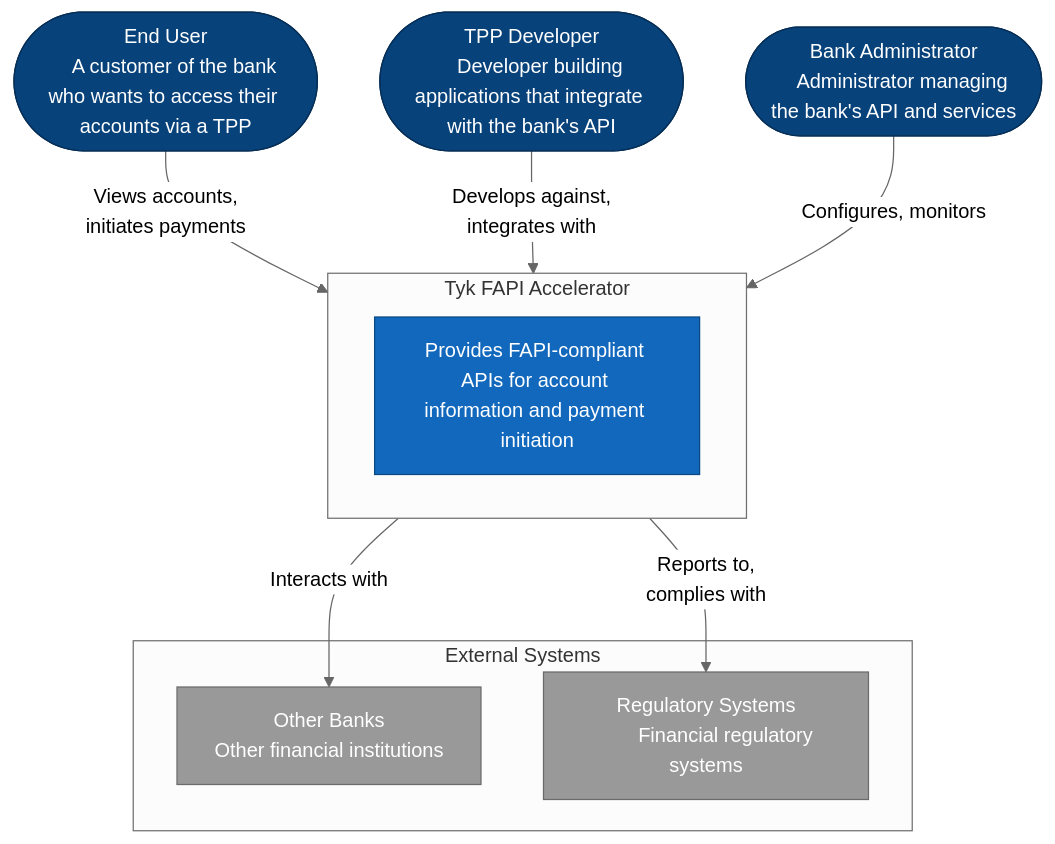
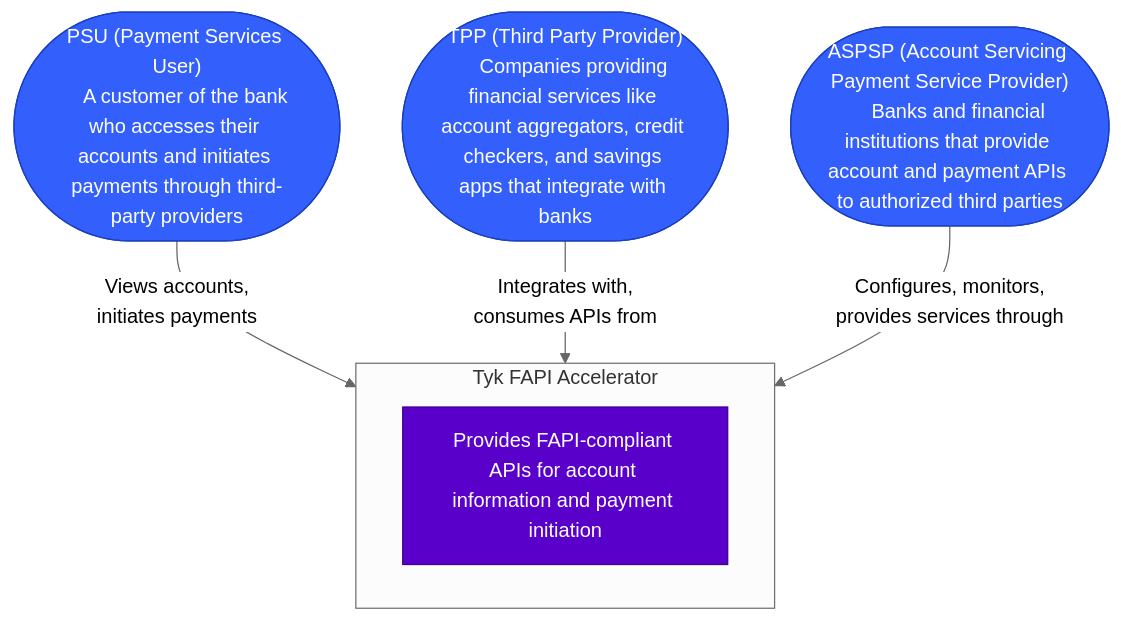
The diagram in docs/context-diagram.md (TykTechnologies/tyk-fapi), drawn with Mermaid (neutral theme) before and after one commit. The commit also changed other lines of this file and 3 other files, not shown here.

Commit message:
fixing the main context diagram

````diff
--- a/docs/context-diagram.md
+++ b/docs/context-diagram.md
@@ -5,42 +5,29 @@
 ```mermaid
 flowchart TB
     %% People/Actors
-    endUser(["End User
-    A customer of the bank who wants to access their accounts via a TPP"])
-    tppDeveloper(["TPP Developer
-    Developer building applications that integrate with the bank's API"])
-    bankAdmin(["Bank Administrator
-    Administrator managing the bank's API and services"])
+    psu(["PSU (Payment Services User)
+    A customer of the bank who accesses their accounts and initiates payments through third-party providers"])
+    tpp(["TPP (Third Party Provider)
+    Companies providing financial services like account aggregators, credit checkers, and savings apps that integrate with banks"])
+    aspsp(["ASPSP (Account Servicing Payment Service Provider)
+    Banks and financial institutions that provide account and payment APIs to authorized third parties"])
     
     %% Systems
     subgraph tykFAPI ["Tyk FAPI Accelerator"]
         tykFAPISystem["Provides FAPI-compliant APIs for account information and payment initiation"]
     end
     
-    %% External Systems
-    subgraph external ["External Systems"]
-        otherBanks["Other Banks
-        Other financial institutions"]
-        regulatorySystems["Regulatory Systems
-        Financial regulatory systems"]
-    end
-    
     %% Relationships
-    endUser -->|"Views accounts,
+    psu -->|"Views accounts,
     initiates payments"| tykFAPI
-    tppDeveloper -->|"Develops against,
-    integrates with"| tykFAPI
-    bankAdmin -->|"Configures, monitors"| tykFAPI
-    tykFAPI -->|"Interacts with"| otherBanks
-    tykFAPI -->|"Reports to,
-    complies with"| regulatorySystems
+    tpp -->|"Integrates with,
+    consumes APIs from"| tykFAPI
+    aspsp -->|"Configures, monitors,
+    provides services through"| tykFAPI
     
     %% Styling
-    classDef person fill:#08427B,color:#fff,stroke:#052E56
-    classDef system fill:#1168BD,color:#fff,stroke:#0B4884
-    classDef external fill:#999999,color:#fff,stroke:#6B6B6B
-    
-    class endUser,tppDeveloper,bankAdmin person
+    classDef person fill:#335FFD,color:#fff,stroke:#1A3FBD
+    classDef system fill:#5900CB,color:#fff,stroke:#3D0087
+    class psu,tpp,aspsp person
     class tykFAPISystem system
-    class otherBanks,regulatorySystems external
 ```
````
